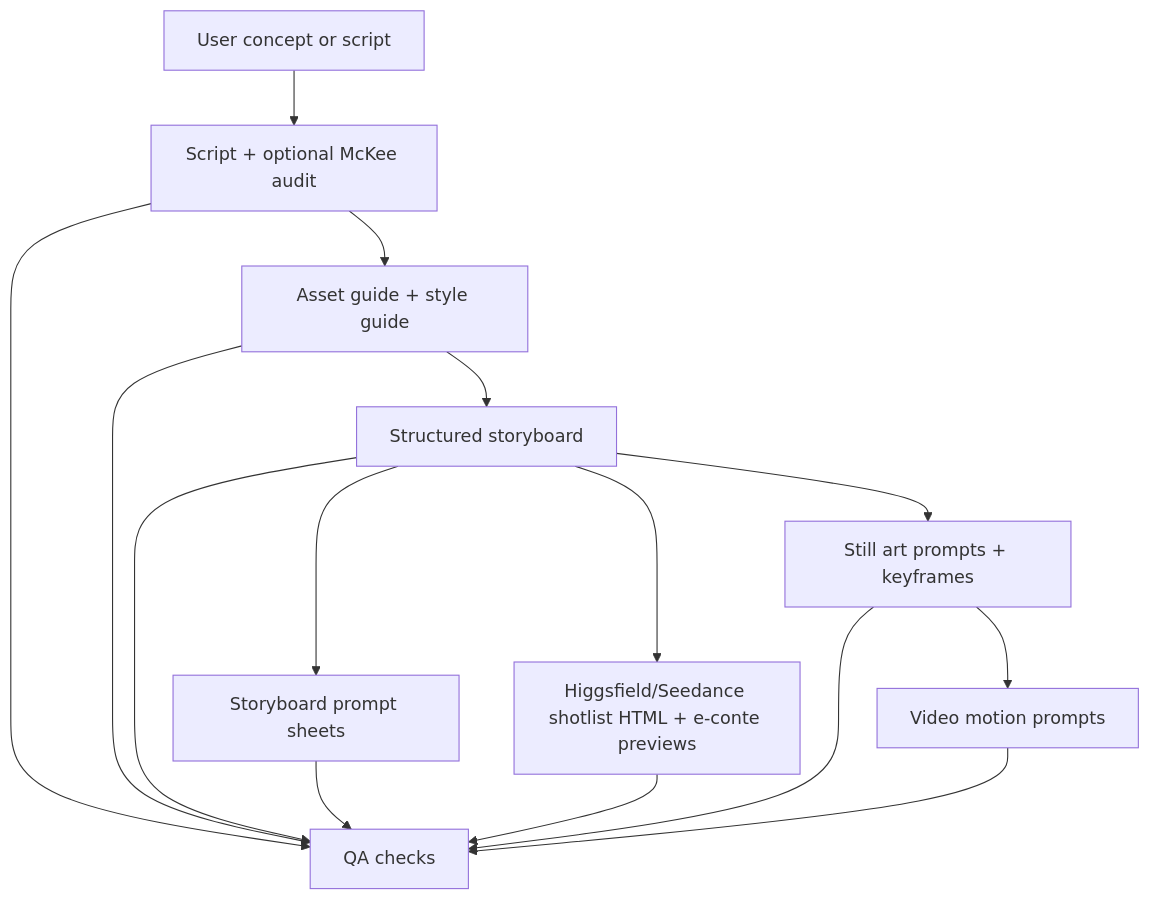
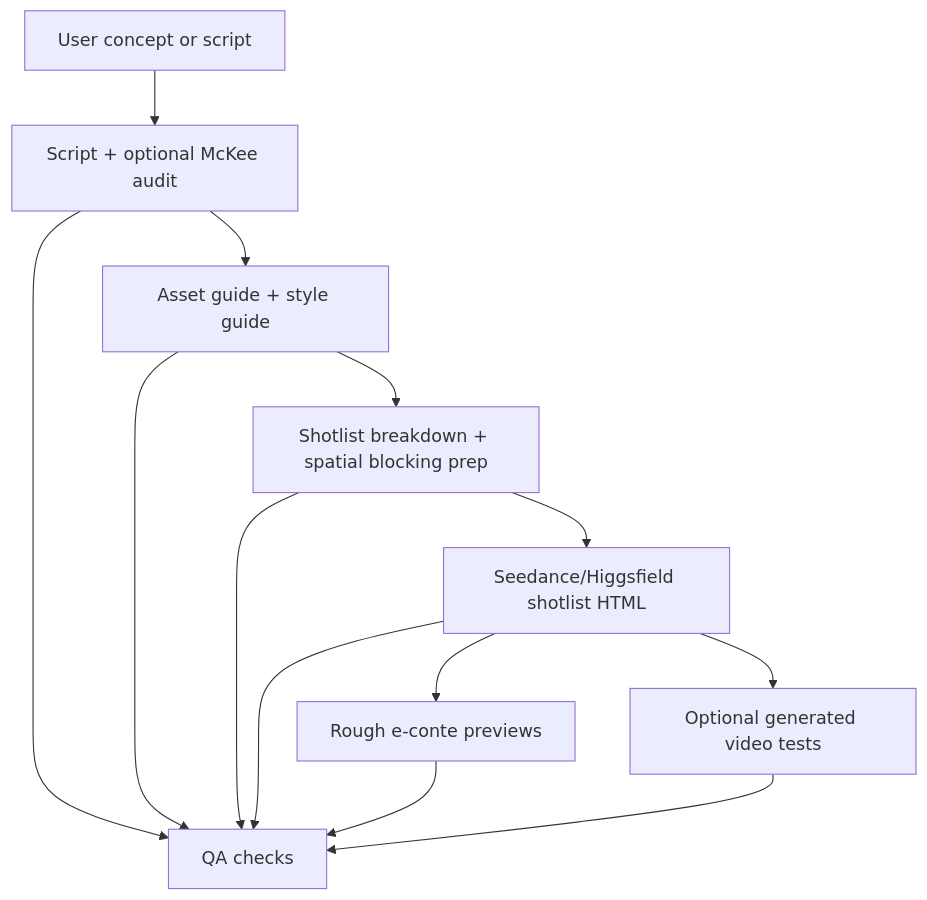
The diagram in CODEX_REVIEW.md (Leduc10492/my-ai-video-agent), drawn with Mermaid before and after one commit. The commit also changed other lines of this file and 59 other files, not shown here.

````diff
--- a/CODEX_REVIEW.md
+++ b/CODEX_REVIEW.md
@@ -25,17 +25,15 @@
 ```mermaid
 flowchart TD
     A["User concept or script"] --> B["Script + optional McKee audit"]
     B --> C["Asset guide + style guide"]
-    C --> D["Structured storyboard"]
-    D --> E["Storyboard prompt sheets"]
-    D --> S["Higgsfield/Seedance shotlist HTML + e-conte previews"]
-    D --> F["Still art prompts + keyframes"]
-    F --> G["Video motion prompts"]
+    C --> D["Shotlist breakdown + spatial blocking prep"]
+    D --> E["Seedance/Higgsfield shotlist HTML"]
+    E --> F["Rough e-conte previews"]
+    E --> G["Optional generated video tests"]
     B --> H["QA checks"]
     C --> H
     D --> H
     E --> H
-    S --> H
     F --> H
     G --> H
 ```
````
